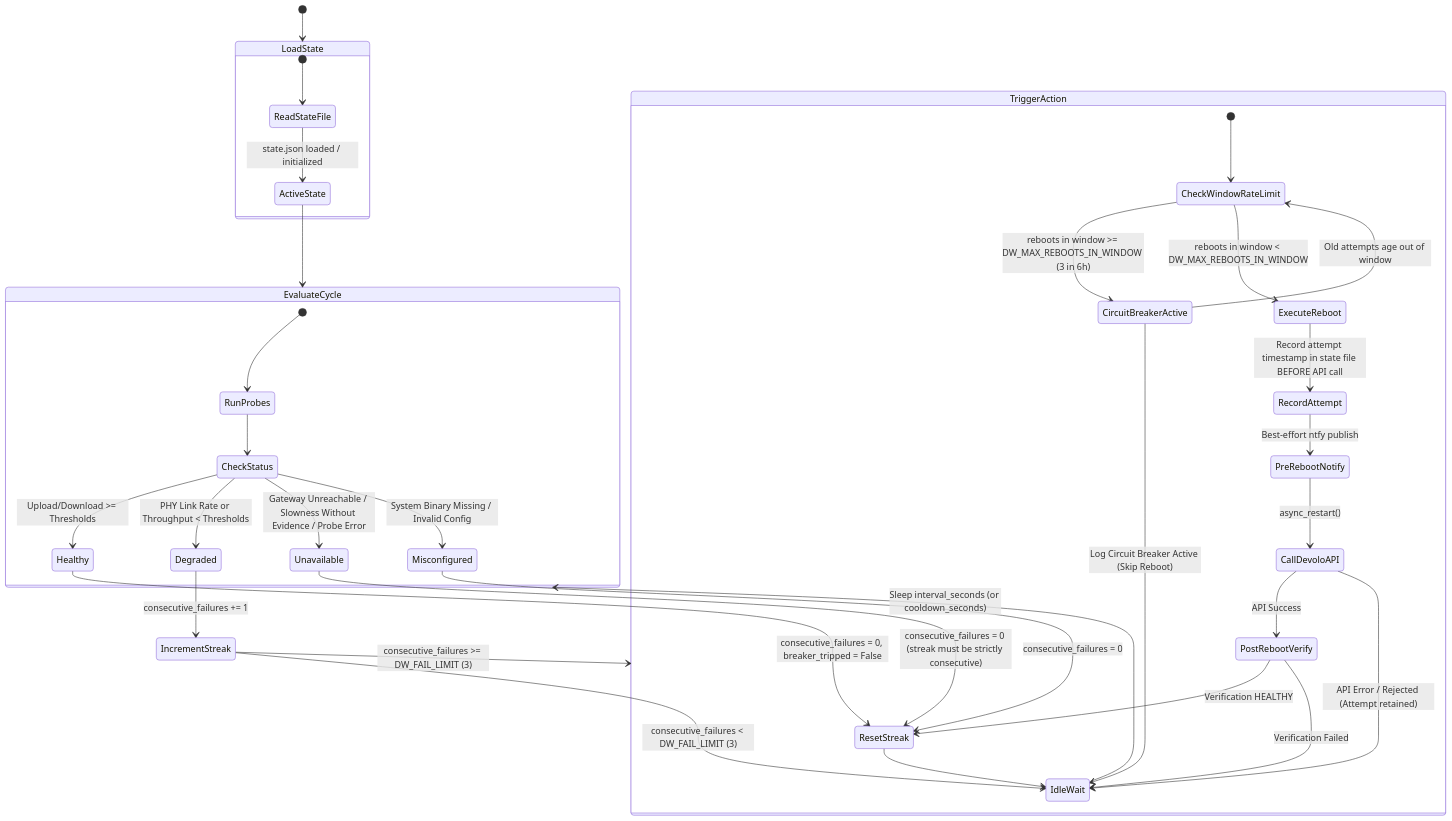
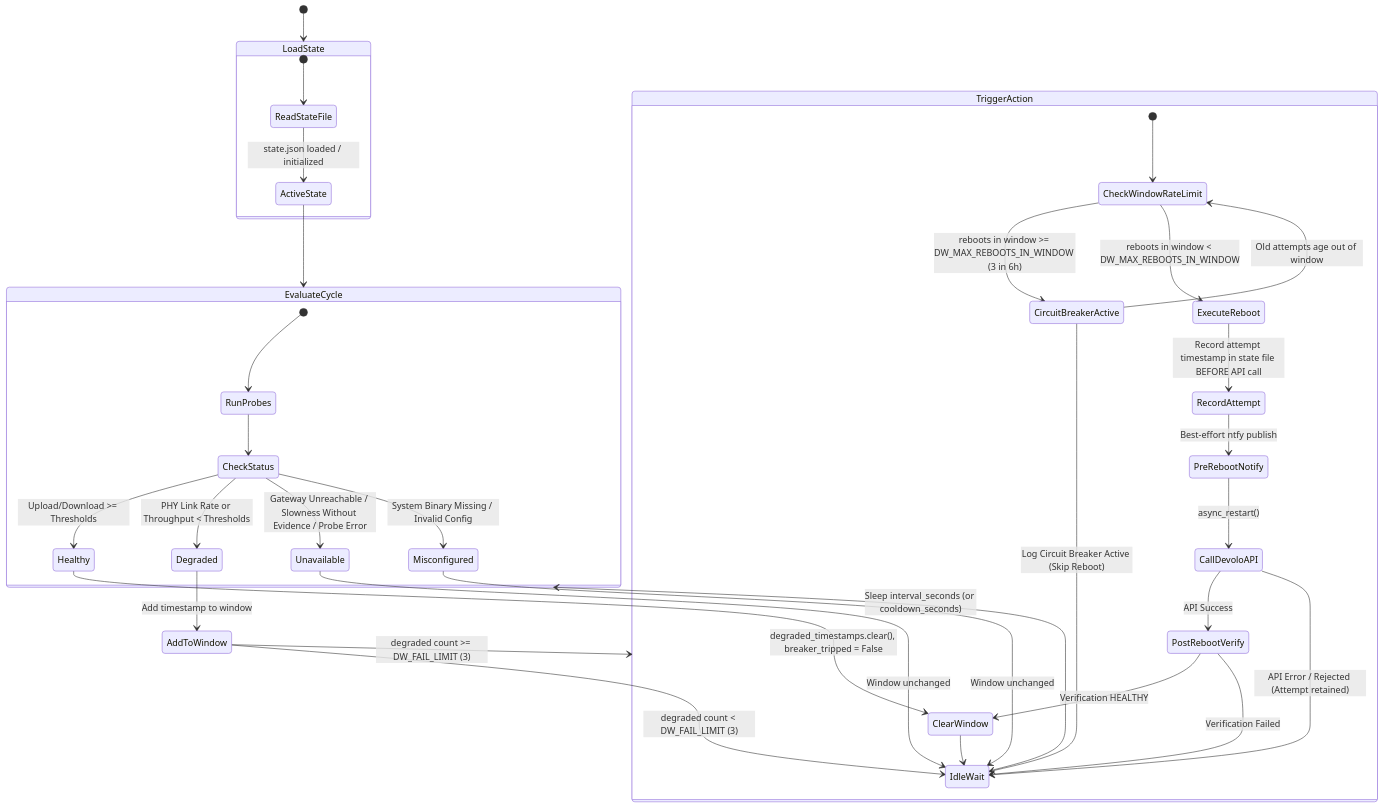
The third of 3 diagrams in README.md (valentinsviridov/devolo-throughput-watchdog), drawn with Mermaid before and after one commit. The commit also changed other lines of this file and 11 other files, not shown here.

````diff
--- a/README.md
+++ b/README.md
@@ -108,46 +109,46 @@
 ```mermaid
 stateDiagram-v2
     [*] --> LoadState
 
     state LoadState {
         [*] --> ReadStateFile
         ReadStateFile --> ActiveState: state.json loaded / initialized
     }
 
     ActiveState --> EvaluateCycle
 
     state EvaluateCycle {
         [*] --> RunProbes
         RunProbes --> CheckStatus
         CheckStatus --> Healthy: Upload/Download >= Thresholds
         CheckStatus --> Degraded: PHY Link Rate or Throughput < Thresholds
         CheckStatus --> Unavailable: Gateway Unreachable / Slowness Without Evidence / Probe Error
         CheckStatus --> Misconfigured: System Binary Missing / Invalid Config
     }
 
-    Healthy --> ResetStreak: consecutive_failures = 0, breaker_tripped = False
-    Unavailable --> ResetStreak: consecutive_failures = 0 (streak must be strictly consecutive)
-    Misconfigured --> ResetStreak: consecutive_failures = 0
+    Healthy --> ClearWindow: degraded_timestamps.clear(), breaker_tripped = False
+    Unavailable --> IdleWait: Window unchanged
+    Misconfigured --> IdleWait: Window unchanged
 
-    Degraded --> IncrementStreak: consecutive_failures += 1
-    IncrementStreak --> IdleWait: consecutive_failures < DW_FAIL_LIMIT (3)
-    IncrementStreak --> TriggerAction: consecutive_failures >= DW_FAIL_LIMIT (3)
+    Degraded --> AddToWindow: Add timestamp to window
+    AddToWindow --> IdleWait: degraded count < DW_FAIL_LIMIT (3)
+    AddToWindow --> TriggerAction: degraded count >= DW_FAIL_LIMIT (3)
 
     state TriggerAction {
         [*] --> CheckWindowRateLimit
         CheckWindowRateLimit --> CircuitBreakerActive: reboots in window >= DW_MAX_REBOOTS_IN_WINDOW (3 in 6h)
         CheckWindowRateLimit --> ExecuteReboot: reboots in window < DW_MAX_REBOOTS_IN_WINDOW
         CircuitBreakerActive --> IdleWait: Log Circuit Breaker Active (Skip Reboot)
         CircuitBreakerActive --> CheckWindowRateLimit: Old attempts age out of window
         ExecuteReboot --> RecordAttempt: Record attempt timestamp in state file BEFORE API call
         RecordAttempt --> PreRebootNotify: Best-effort ntfy publish
         PreRebootNotify --> CallDevoloAPI: async_restart()
         CallDevoloAPI --> PostRebootVerify: API Success
-        PostRebootVerify --> ResetStreak: Verification HEALTHY
+        PostRebootVerify --> ClearWindow: Verification HEALTHY
         PostRebootVerify --> IdleWait: Verification Failed
         CallDevoloAPI --> IdleWait: API Error / Rejected (Attempt retained)
     }
 
-    ResetStreak --> IdleWait
+    ClearWindow --> IdleWait
     IdleWait --> EvaluateCycle: Sleep interval_seconds (or cooldown_seconds)
 ```
````
